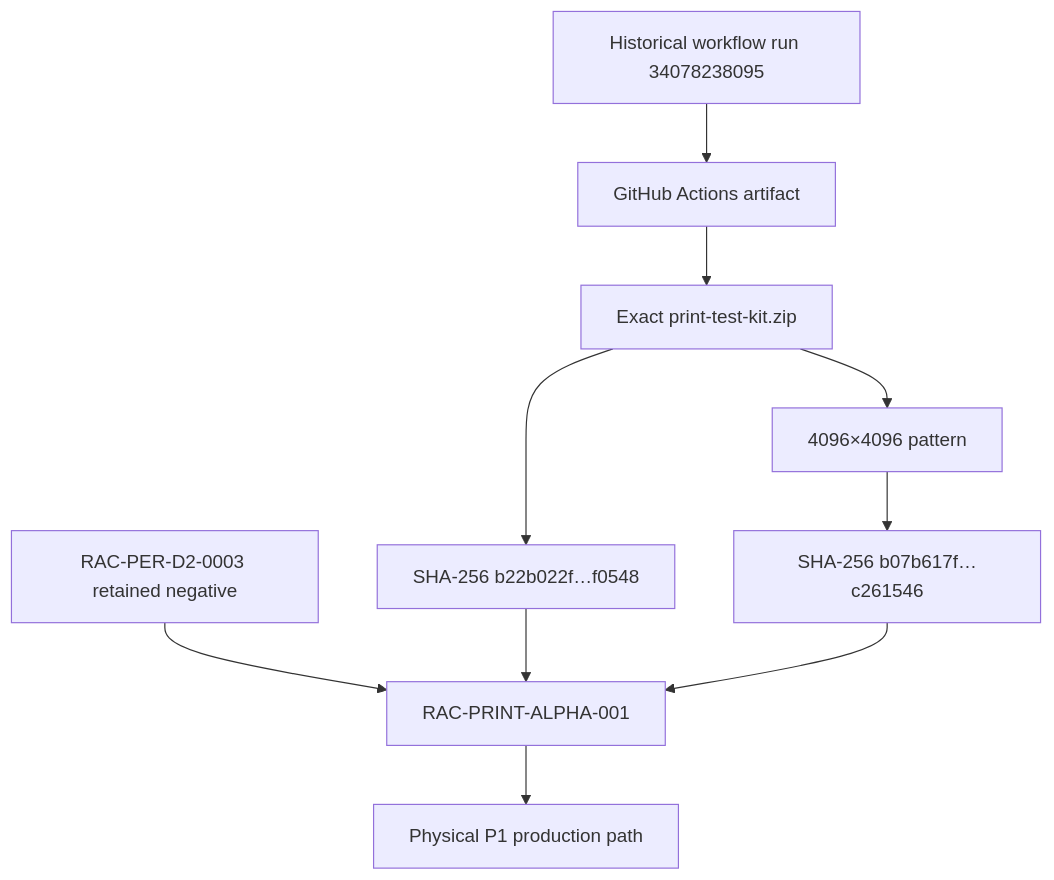
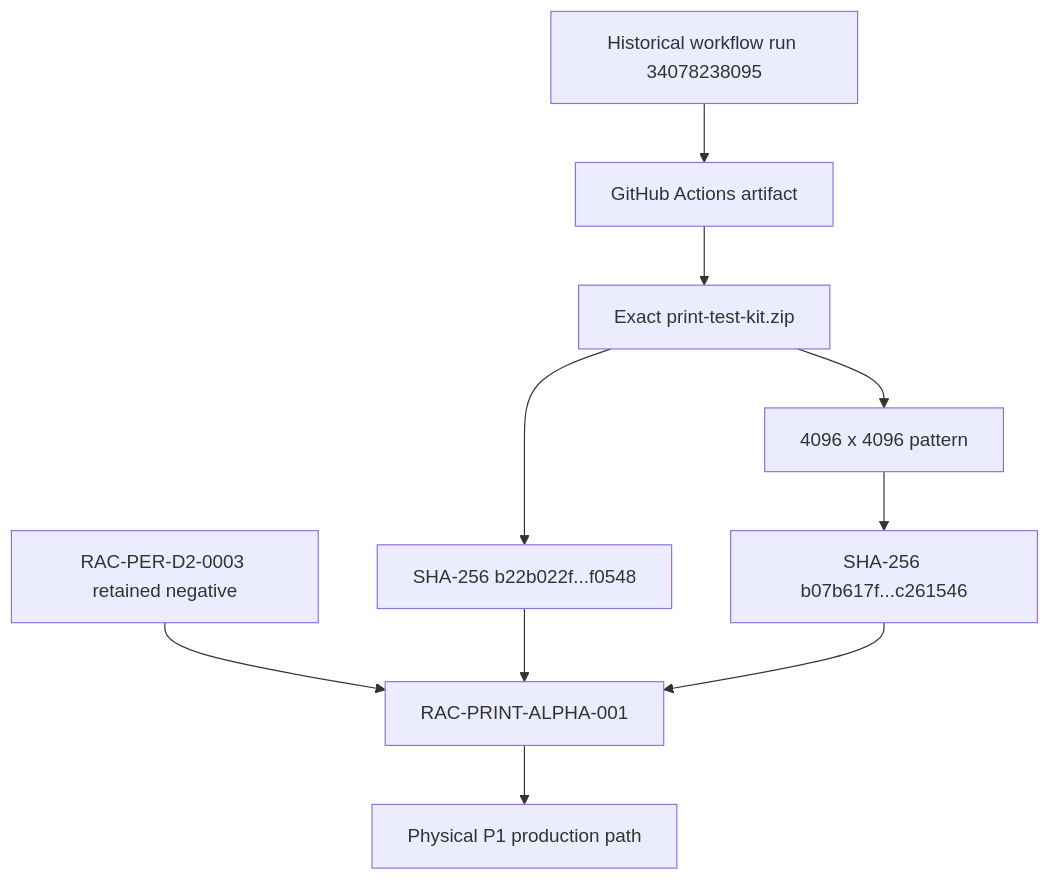
The sixth of 13 diagrams in docs/DIAGRAMS.md (ninja-ops-guy/adversarial-clothing-pipeline), drawn with Mermaid before and after one commit. The commit also changed other lines of this file, not shown here.

Commit message:
fix: harden Mermaid diagrams for GitHub rendering

````diff
--- a/docs/DIAGRAMS.md
+++ b/docs/DIAGRAMS.md
@@ -137,12 +139,12 @@
 ```mermaid
 flowchart TD
-    D3[RAC-PER-D2-0003 retained negative] --> A1[RAC-PRINT-ALPHA-001]
-    W[Historical workflow run 34078238095] --> ART[GitHub Actions artifact]
-    ART --> KIT[Exact print-test-kit.zip]
-    KIT --> H1[SHA-256 b22b022f…f0548]
-    KIT --> PAT[4096×4096 pattern]
-    PAT --> H2[SHA-256 b07b617f…c261546]
+    D3["RAC-PER-D2-0003 retained negative"] --> A1["RAC-PRINT-ALPHA-001"]
+    W["Historical workflow run 34078238095"] --> ART["GitHub Actions artifact"]
+    ART --> KIT["Exact print-test-kit.zip"]
+    KIT --> H1["SHA-256 b22b022f...f0548"]
+    KIT --> PAT["4096 x 4096 pattern"]
+    PAT --> H2["SHA-256 b07b617f...c261546"]
     H1 --> A1
     H2 --> A1
-    A1 --> P1[Physical P1 production path]
+    A1 --> P1["Physical P1 production path"]
 ```
````
